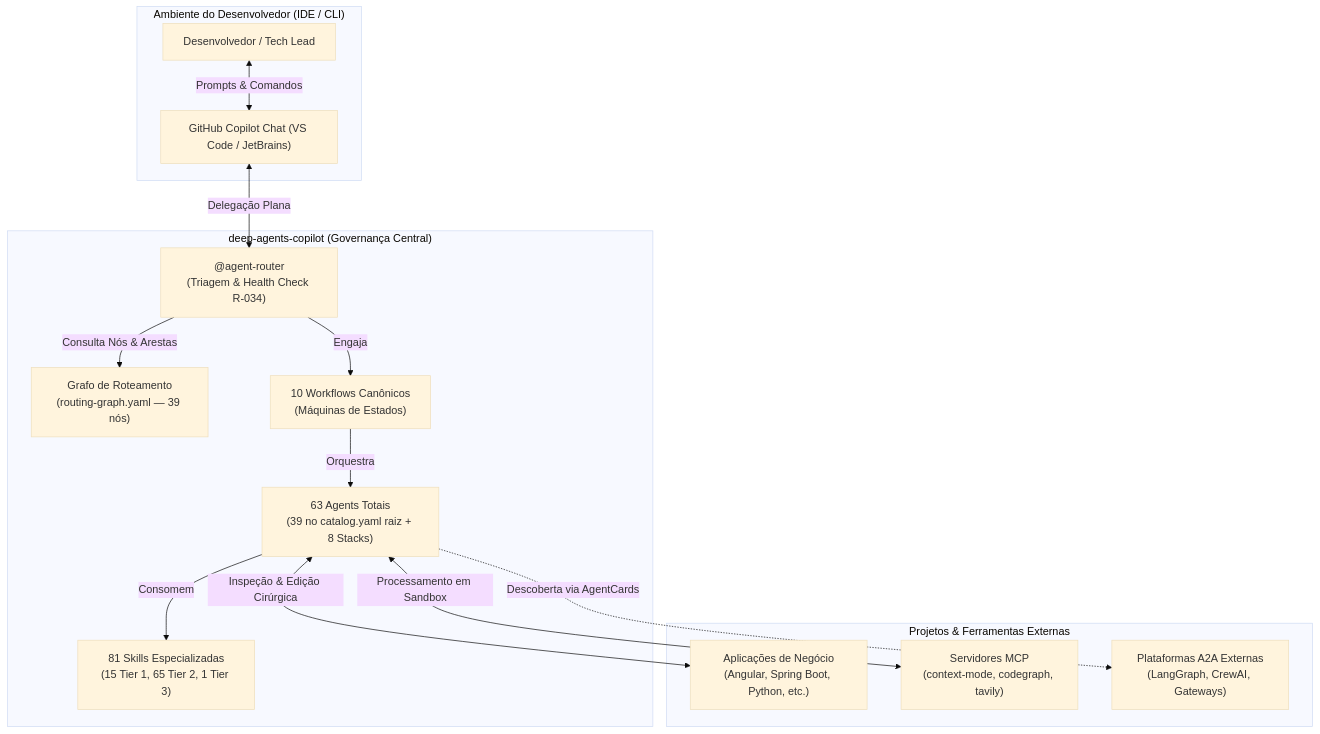
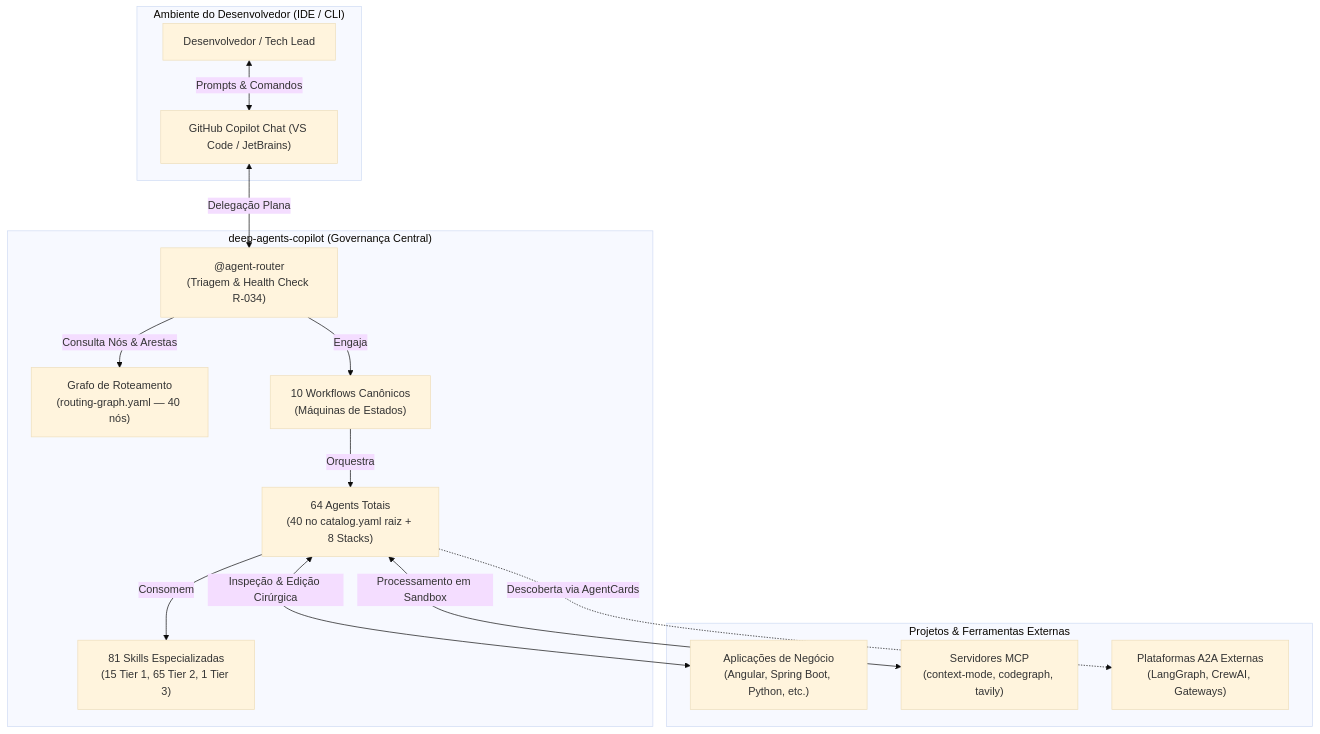
Before and after one commit to jezreel8858/deep-agents-copilot: the first of 5 diagrams in docs/architecture/ARCHITECTURE_AND_GOVERNANCE_GUIDE.md, drawn with Mermaid (base theme). The commit also changed other lines of this file and 36 other files, not shown here.

````diff
--- a/docs/architecture/ARCHITECTURE_AND_GOVERNANCE_GUIDE.md
+++ b/docs/architecture/ARCHITECTURE_AND_GOVERNANCE_GUIDE.md
@@ -48,31 +48,31 @@
 ```mermaid
 flowchart TB
     subgraph Host["Ambiente do Desenvolvedor (IDE / CLI)"]
         User["Desenvolvedor / Tech Lead"]
         Copilot["GitHub Copilot Chat (VS Code / JetBrains)"]
     end
 
     subgraph DeepAgents["deep-agents-copilot (Governança Central)"]
         Router["@agent-router\n(Triagem & Health Check R-034)"]
-        Graph["Grafo de Roteamento\n(routing-graph.yaml — 39 nós)"]
+        Graph["Grafo de Roteamento\n(routing-graph.yaml — 40 nós)"]
         Workflows["10 Workflows Canônicos\n(Máquinas de Estados)"]
-        Agents["63 Agents Totais\n(39 no catalog.yaml raiz + 8 Stacks)"]
+        Agents["64 Agents Totais\n(40 no catalog.yaml raiz + 8 Stacks)"]
         Skills["81 Skills Especializadas\n(15 Tier 1, 65 Tier 2, 1 Tier 3)"]
     end
 
     subgraph External["Projetos & Ferramentas Externas"]
         LocalApps["Aplicações de Negócio\n(Angular, Spring Boot, Python, etc.)"]
         MCP["Servidores MCP\n(context-mode, codegraph, tavily)"]
         A2A["Plataformas A2A Externas\n(LangGraph, CrewAI, Gateways)"]
     end
 
     User <-->|Prompts & Comandos| Copilot
     Copilot <-->|Delegação Plana| Router
     Router -->|Consulta Nós & Arestas| Graph
     Router -->|Engaja| Workflows
     Workflows -->|Orquestra| Agents
     Agents -->|Consomem| Skills
     Agents <-->|Inspeção & Edição Cirúrgica| LocalApps
     Agents <-->|Processamento em Sandbox| MCP
     Agents -.->|Descoberta via AgentCards| A2A
 ```
````
